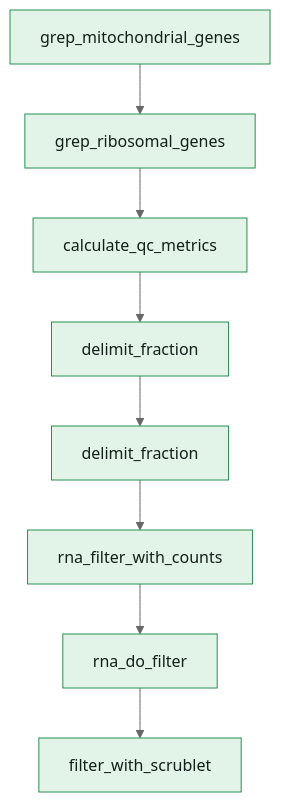
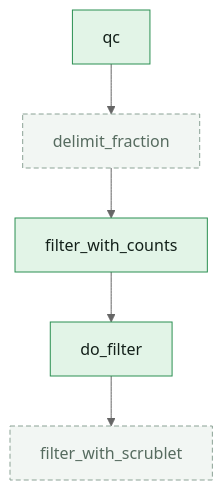
The diagram in reference/openpipeline/v4.2.0/workflows/rna/rna_singlesample.qmd (openpipelines-bio/openpipeline_docs), drawn with Mermaid (neutral theme) before and after one commit. The commit also changed other lines of this file and 40 other files, not shown here.

````diff
--- a/reference/openpipeline/v4.2.0/workflows/rna/rna_singlesample.qmd
+++ b/reference/openpipeline/v4.2.0/workflows/rna/rna_singlesample.qmd
@@ -130,26 +130,17 @@
 ```{mermaid}
 flowchart TB
-    v143["delimit_fraction"]
-    v174["delimit_fraction"]
-    v205["rna_filter_with_counts"]
-    v236["rna_do_filter"]
-    v267["filter_with_scrublet"]
-    v28["grep_mitochondrial_genes"]
-    v59["grep_ribosomal_genes"]
-    v90["calculate_qc_metrics"]
-    v143 --> v174
-    v174 --> v205
-    v205 --> v236
-    v236 --> v267
-    v28 --> v59
-    v59 --> v90
-    v90 --> v143
-    style v143 fill:#e2f4e7,stroke:#2b8f52,color:#13201a
-    style v174 fill:#e2f4e7,stroke:#2b8f52,color:#13201a
-    style v205 fill:#e2f4e7,stroke:#2b8f52,color:#13201a
-    style v236 fill:#e2f4e7,stroke:#2b8f52,color:#13201a
-    style v267 fill:#e2f4e7,stroke:#2b8f52,color:#13201a
-    style v28 fill:#e2f4e7,stroke:#2b8f52,color:#13201a
-    style v59 fill:#e2f4e7,stroke:#2b8f52,color:#13201a
-    style v90 fill:#e2f4e7,stroke:#2b8f52,color:#13201a
+    c_filter_delimit_fraction["delimit_fraction"]
+    c_filter_do_filter["do_filter"]
+    c_filter_filter_with_counts["filter_with_counts"]
+    c_filter_filter_with_scrublet["filter_with_scrublet"]
+    c_workflows_qc_qc["qc"]
+    c_filter_delimit_fraction --> c_filter_filter_with_counts
+    c_filter_do_filter --> c_filter_filter_with_scrublet
+    c_filter_filter_with_counts --> c_filter_do_filter
+    c_workflows_qc_qc --> c_filter_delimit_fraction
+    style c_filter_delimit_fraction fill:#f2f6f3,stroke:#8ba295,stroke-dasharray:5 3,color:#566b5f
+    style c_filter_do_filter fill:#e2f4e7,stroke:#2b8f52,color:#13201a
+    style c_filter_filter_with_counts fill:#e2f4e7,stroke:#2b8f52,color:#13201a
+    style c_filter_filter_with_scrublet fill:#f2f6f3,stroke:#8ba295,stroke-dasharray:5 3,color:#566b5f
+    style c_workflows_qc_qc fill:#e2f4e7,stroke:#2b8f52,color:#13201a
 ```
````
